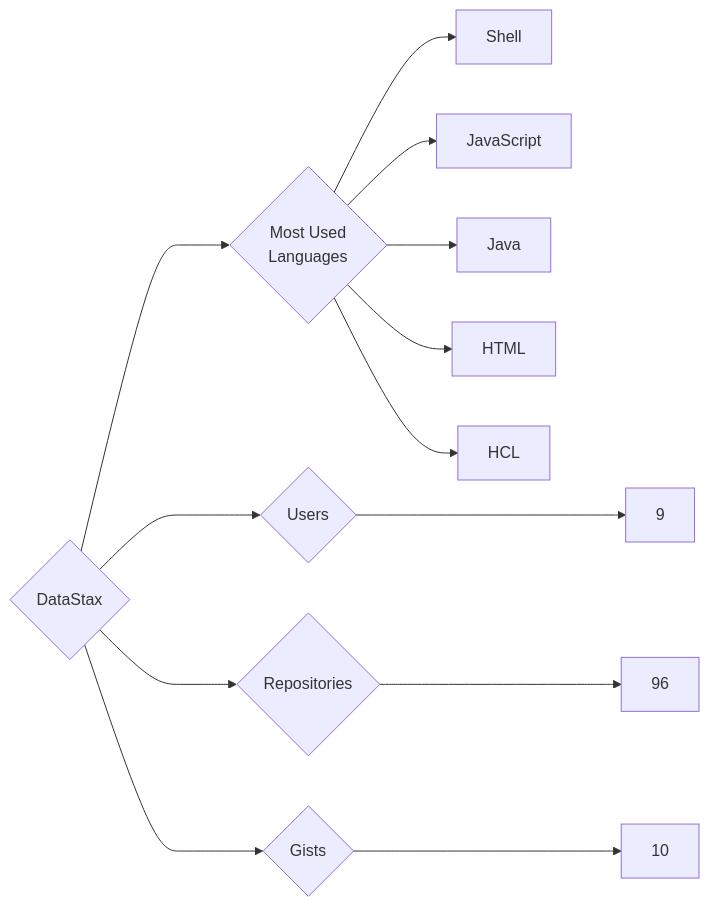
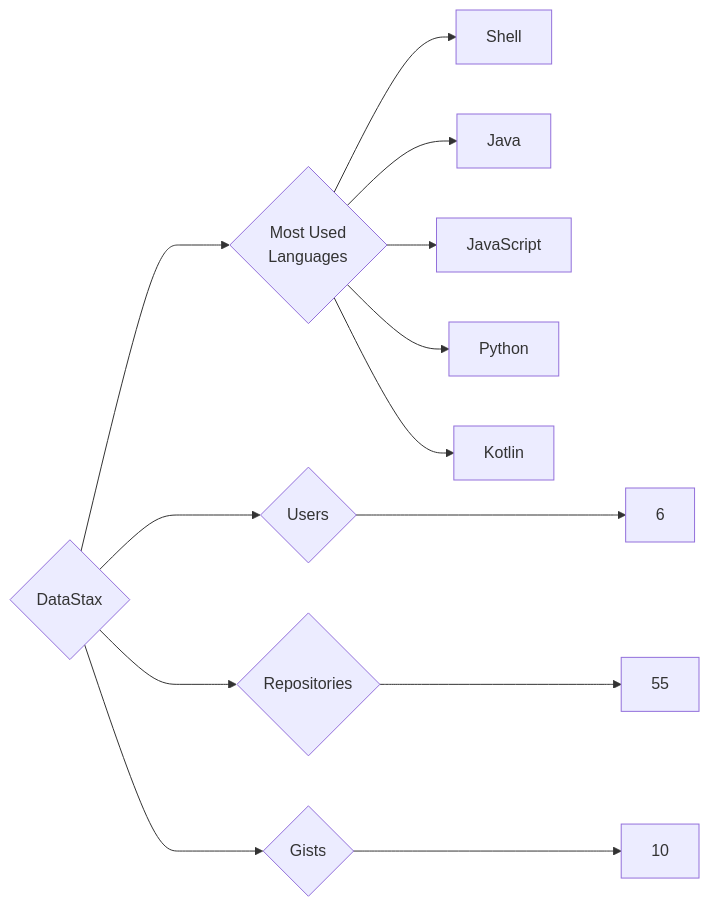
The diagram in targets/DataStax/README.md (trickest/insiders), drawn with Mermaid before and after one commit. The commit also changed 1167 other files, not shown here.

````diff
--- a/targets/DataStax/README.md
+++ b/targets/DataStax/README.md
@@ -3,13 +3,13 @@
 ```mermaid
 graph LR
 COMPANY_NAME{DataStax}
-COMPANY_NAME ---> U{Users} ---> UN[9]
-COMPANY_NAME ---> R{Repositories} ---> RN[96]
+COMPANY_NAME ---> U{Users} ---> UN[6]
+COMPANY_NAME ---> R{Repositories} ---> RN[55]
 COMPANY_NAME ---> G{Gists} ---> GN[10]
 COMPANY_NAME ---> ML{Most Used<br>Languages}
 ML --> Shell[Shell]
+ML --> Java[Java]
 ML --> JavaScript[JavaScript]
-ML --> Java[Java]
-ML --> HTML[HTML]
-ML --> HCL[HCL]
+ML --> Python[Python]
+ML --> Kotlin[Kotlin]
 ```
````
